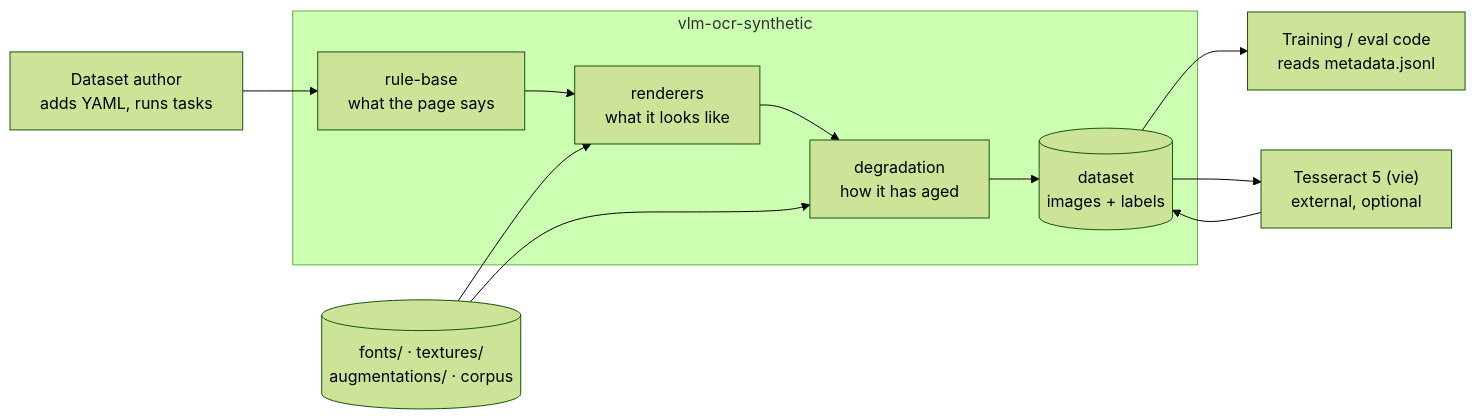
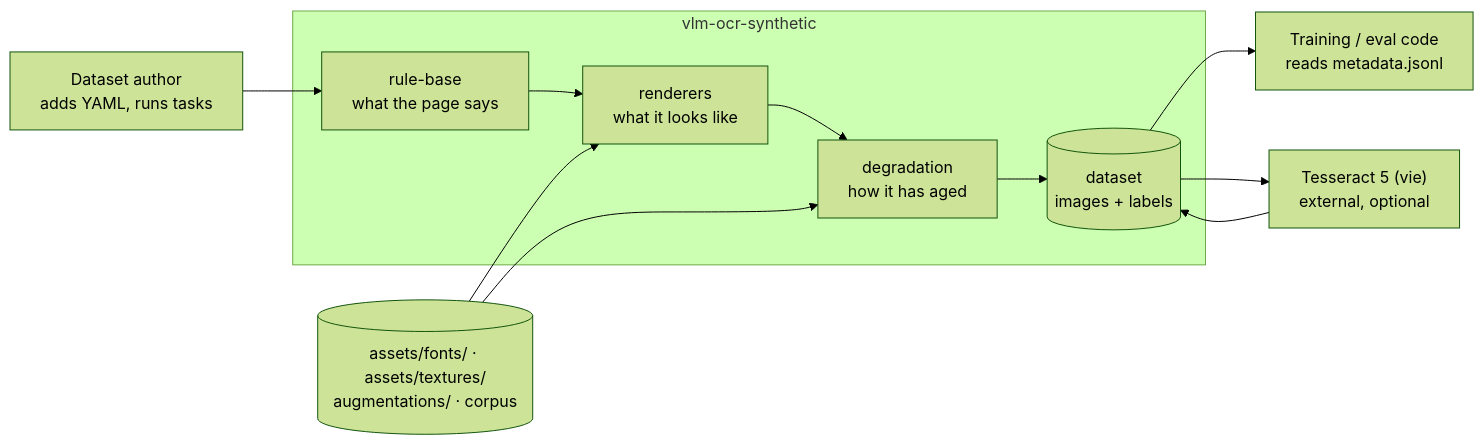
One commit to LinhPhuong14/vlm-ocr-synthetic changed the first of 9 diagrams in README.md. Above: the diagram before and after it, drawn with Mermaid (forest theme). The commit also changed other lines of this file and 682 other files, not shown here.

````diff
--- a/README.md
+++ b/README.md
@@ -67,22 +68,22 @@
 ```mermaid
 flowchart LR
     author["Dataset author<br/>adds YAML, runs tasks"]
     consumer["Training / eval code<br/>reads metadata.jsonl"]
 
     subgraph repo["vlm-ocr-synthetic"]
         rb["rule-base<br/>what the page says"]
         gen["renderers<br/>what it looks like"]
         deg["degradation<br/>how it has aged"]
         out[("dataset<br/>images + labels")]
     end
 
-    assets[("fonts/ · textures/<br/>augmentations/ · corpus")]
+    assets[("assets/fonts/ · assets/textures/<br/>augmentations/ · corpus")]
     tess["Tesseract 5 (vie)<br/>external, optional"]
 
     author --> rb
     rb --> gen --> deg --> out
     assets --> gen
     assets --> deg
     out --> consumer
     out --> tess --> out
 ```
````
